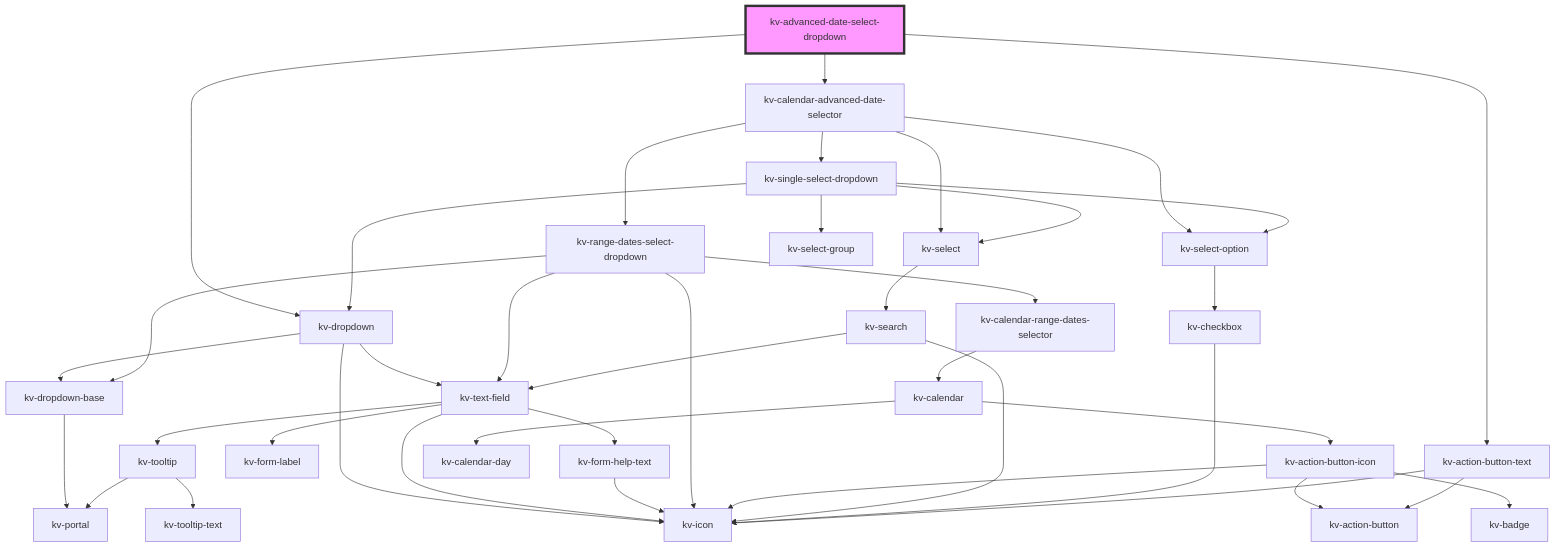
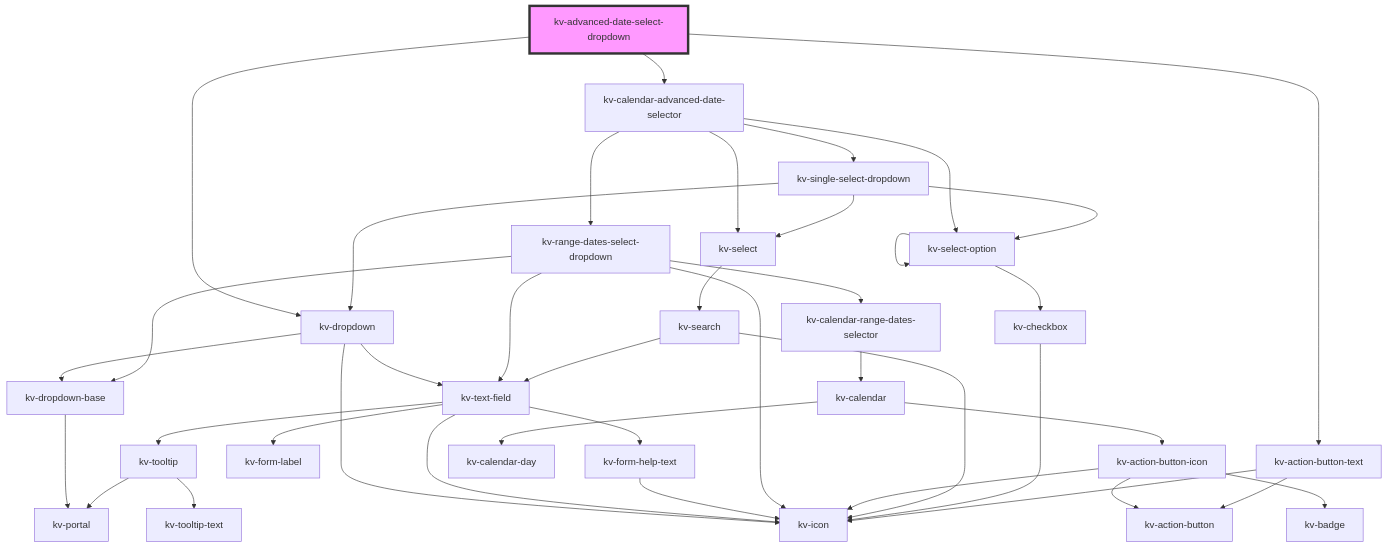
Before and after one commit to kelvininc/ui-components: the diagram in packages/ui-components/src/components/advanced-date-select-dropdown/readme.md, drawn with Mermaid. The commit also changed 60 other files, not shown here.

First line of the commit message:
feat(dropdown)!: add multi level select option to single select dropdown

````diff
--- a/packages/ui-components/src/components/advanced-date-select-dropdown/readme.md
+++ b/packages/ui-components/src/components/advanced-date-select-dropdown/readme.md
@@ -116,43 +116,43 @@
 ```mermaid
 graph TD;
   kv-advanced-date-select-dropdown --> kv-dropdown
   kv-advanced-date-select-dropdown --> kv-calendar-advanced-date-selector
   kv-advanced-date-select-dropdown --> kv-action-button-text
   kv-dropdown --> kv-dropdown-base
   kv-dropdown --> kv-text-field
   kv-dropdown --> kv-icon
   kv-dropdown-base --> kv-portal
   kv-text-field --> kv-tooltip
   kv-text-field --> kv-form-label
   kv-text-field --> kv-icon
   kv-text-field --> kv-form-help-text
   kv-tooltip --> kv-portal
   kv-tooltip --> kv-tooltip-text
   kv-form-help-text --> kv-icon
   kv-calendar-advanced-date-selector --> kv-range-dates-select-dropdown
   kv-calendar-advanced-date-selector --> kv-select
   kv-calendar-advanced-date-selector --> kv-select-option
   kv-calendar-advanced-date-selector --> kv-single-select-dropdown
   kv-range-dates-select-dropdown --> kv-dropdown-base
   kv-range-dates-select-dropdown --> kv-text-field
   kv-range-dates-select-dropdown --> kv-icon
   kv-range-dates-select-dropdown --> kv-calendar-range-dates-selector
   kv-calendar-range-dates-selector --> kv-calendar
   kv-calendar --> kv-action-button-icon
   kv-calendar --> kv-calendar-day
   kv-action-button-icon --> kv-action-button
   kv-action-button-icon --> kv-icon
   kv-action-button-icon --> kv-badge
   kv-select --> kv-search
   kv-search --> kv-text-field
   kv-search --> kv-icon
   kv-select-option --> kv-checkbox
+  kv-select-option --> kv-select-option
   kv-checkbox --> kv-icon
-  kv-single-select-dropdown --> kv-select-group
   kv-single-select-dropdown --> kv-select-option
   kv-single-select-dropdown --> kv-dropdown
   kv-single-select-dropdown --> kv-select
   kv-action-button-text --> kv-action-button
   kv-action-button-text --> kv-icon
   style kv-advanced-date-select-dropdown fill:#f9f,stroke:#333,stroke-width:4px
 ```
````
